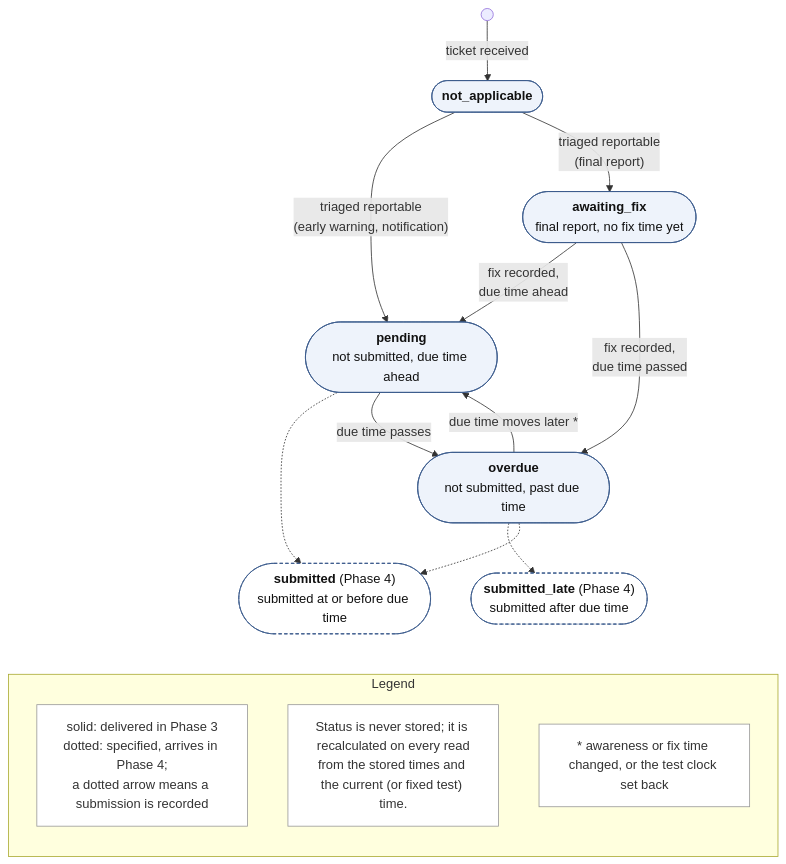
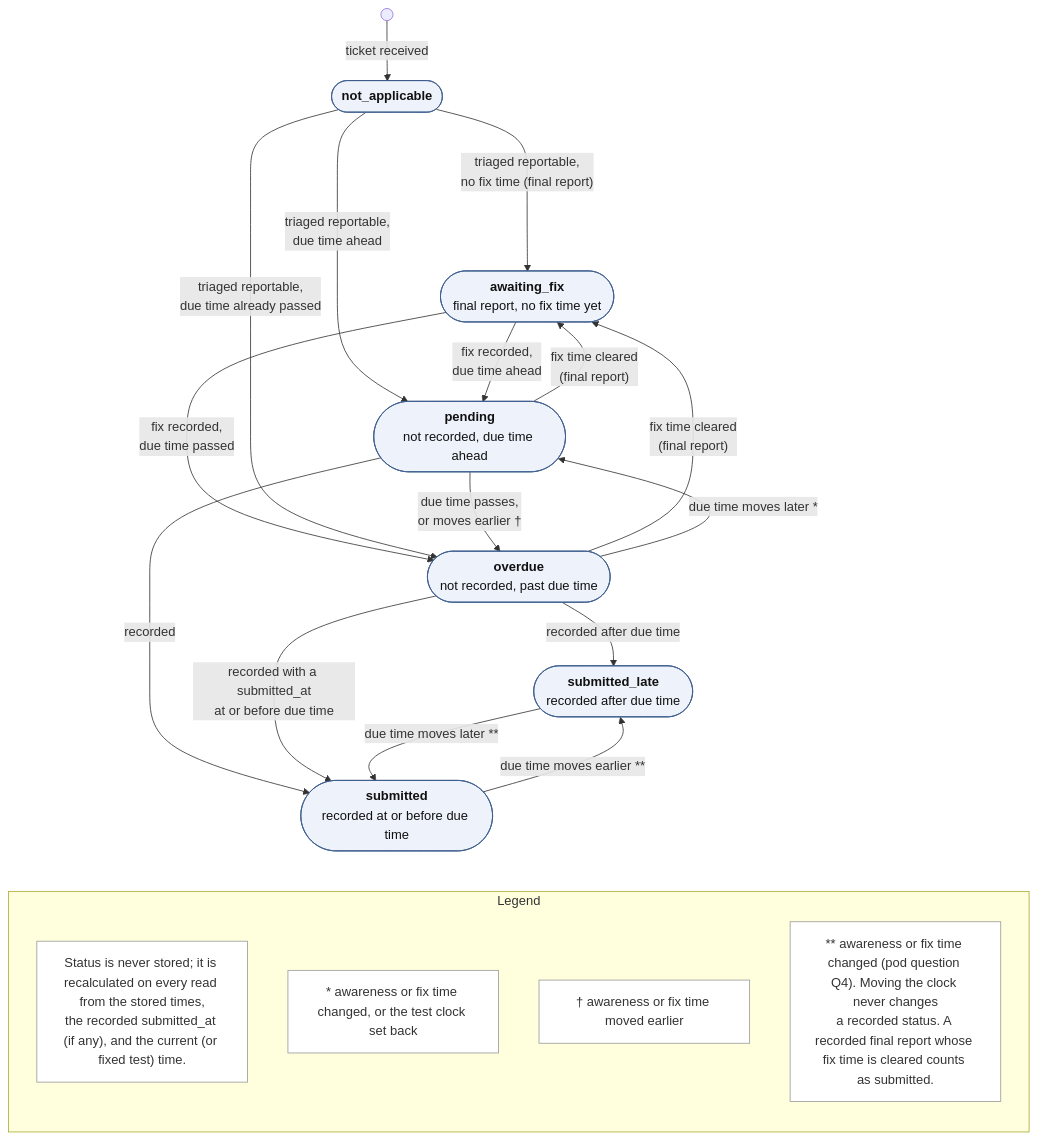
Before and after one commit to team17-ece30861/cra-service: the diagram in docs/models/model-b-report-status.mmd, drawn with Mermaid. The commit also changed 6 other files, not shown here.

First line of the commit message:
Models as delivered in Phase 4 (A, B, architecture) (#92)

```diff
--- a/docs/models/model-b-report-status.mmd
+++ b/docs/models/model-b-report-status.mmd
@@ -1,25 +1,29 @@
 flowchart TB
   start((" ")) -->|"ticket received"| NA(["<b>not_applicable</b>"])
-  NA -->|"triaged reportable<br/>(early warning, notification)"| P(["<b>pending</b><br/>not submitted, due time ahead"])
-  NA -->|"triaged reportable<br/>(final report)"| AF(["<b>awaiting_fix</b><br/>final report, no fix time yet"])
+  NA -->|"triaged reportable,<br/>no fix time (final report)"| AF(["<b>awaiting_fix</b><br/>final report, no fix time yet"])
+  NA ---->|"triaged reportable,<br/>due time ahead"| P(["<b>pending</b><br/>not recorded, due time ahead"])
   AF -->|"fix recorded,<br/>due time ahead"| P
-  AF -->|"fix recorded,<br/>due time passed"| O(["<b>overdue</b><br/>not submitted, past due time"])
-  P -.-> S(["<b>submitted</b> (Phase 4)<br/>submitted at or before due time"])
-  P -->|"due time passes"| O
+  AF -->|"fix recorded,<br/>due time passed"| O(["<b>overdue</b><br/>not recorded, past due time"])
+  NA -->|"triaged reportable,<br/>due time already passed"| O
+  P -->|"due time passes,<br/>or moves earlier †"| O
+  P -->|"fix time cleared<br/>(final report)"| AF
+  O -->|"fix time cleared<br/>(final report)"| AF
   O -->|"due time moves later *"| P
-  O -.-> SL(["<b>submitted_late</b> (Phase 4)<br/>submitted after due time"])
-  O -.-> S
+  P -->|"recorded"| S(["<b>submitted</b><br/>recorded at or before due time"])
+  O -->|"recorded after due time"| SL(["<b>submitted_late</b><br/>recorded after due time"])
+  O -->|"recorded with a submitted_at<br/>at or before due time"| S
+  S -->|"due time moves earlier **"| SL
+  SL -->|"due time moves later **"| S
   subgraph legend["Legend"]
     direction TB
-    l1["solid: delivered in Phase 3<br/>dotted: specified, arrives in Phase 4;<br/>a dotted arrow means a submission is recorded"]
-    l2["Status is never stored; it is recalculated on every read<br/>from the stored times and the current (or fixed test) time."]
-    l3["* awareness or fix time changed, or the test clock set back"]
+    l1["Status is never stored; it is recalculated on every read from the stored times,<br/>the recorded submitted_at (if any), and the current (or fixed test) time."]
+    l2["* awareness or fix time changed, or the test clock set back"]
+    l4["† awareness or fix time moved earlier"]
+    l3["** awareness or fix time changed (pod question Q4). Moving the clock never changes<br/>a recorded status. A recorded final report whose fix time is cleared counts as submitted."]
   end
   S ~~~ legend
   SL ~~~ legend
   classDef state fill:#eef3fb,stroke:#3b5b8c,color:#111
-  classDef planned fill:#ffffff,stroke:#3b5b8c,stroke-dasharray:4 3,color:#111
   classDef note fill:#ffffff,stroke:#999,color:#333
-  class NA,AF,P,O state
-  class S,SL planned
-  class l1,l2,l3 note
+  class NA,AF,P,O,S,SL state
+  class l1,l2,l3,l4 note
```
